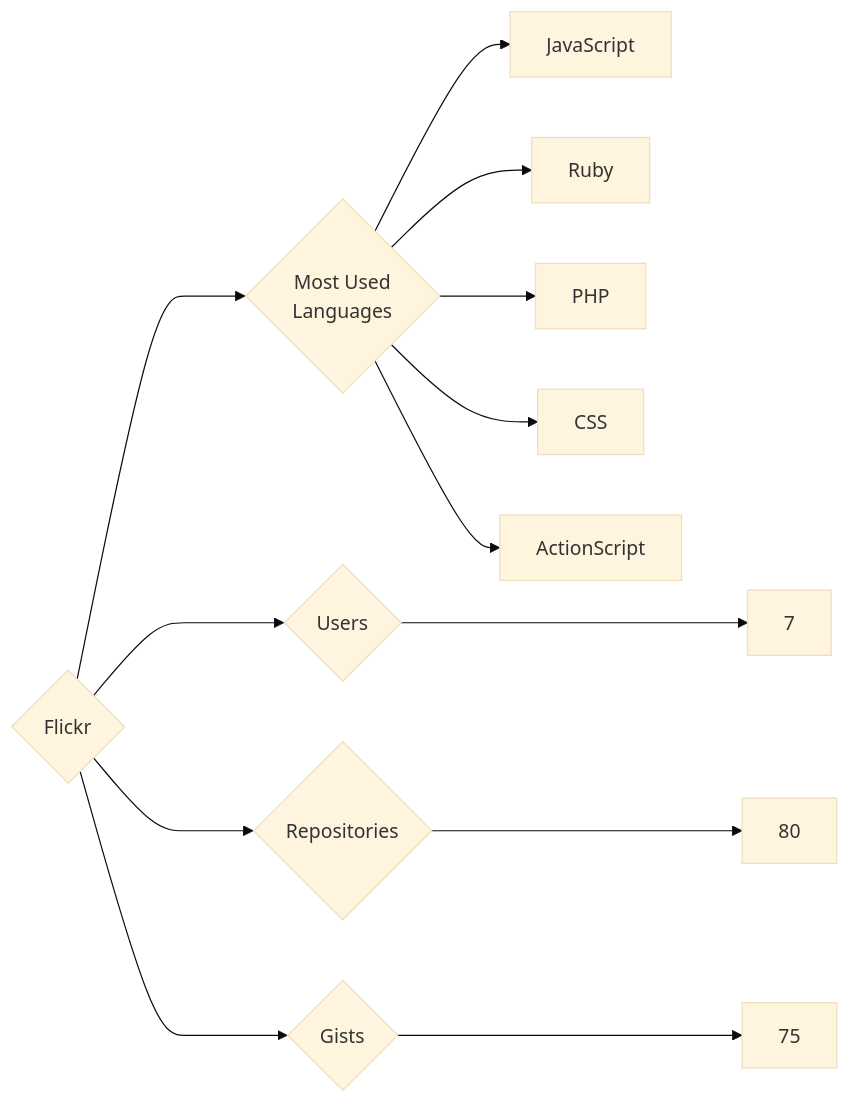
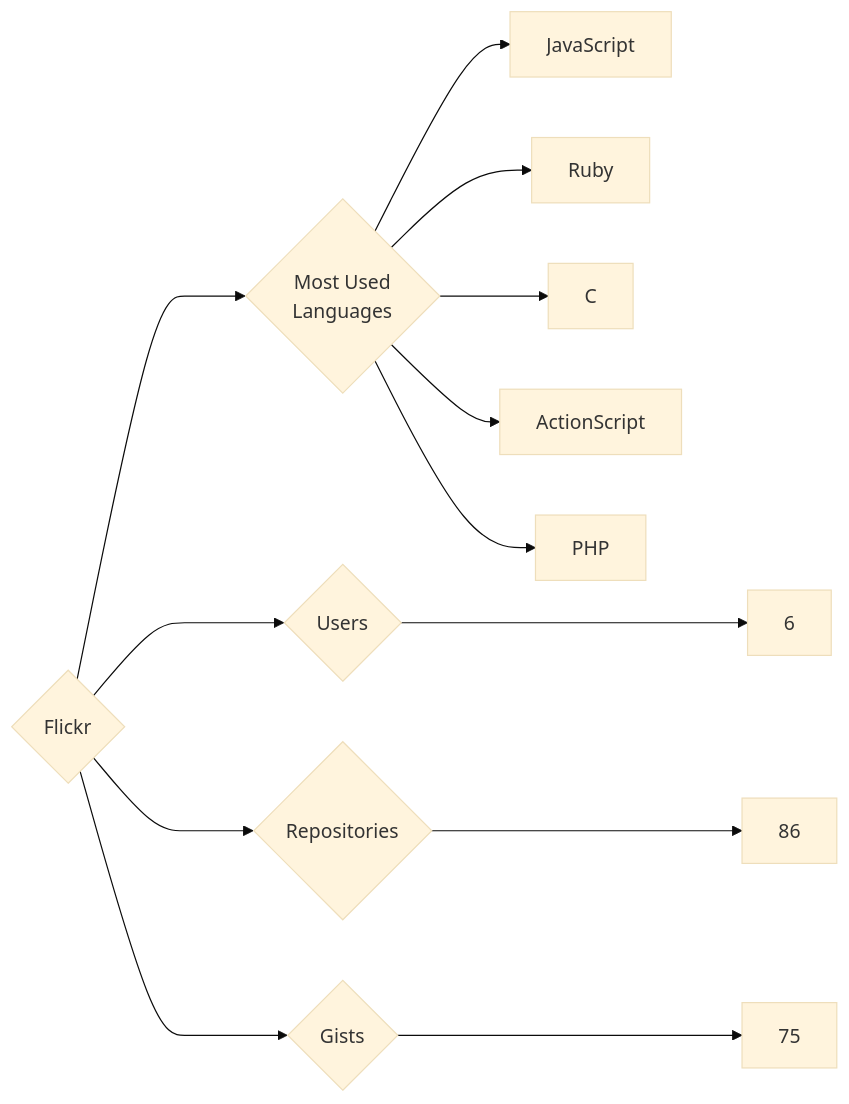
One commit to trickest/insiders changed the diagram in targets/Flickr/README.md. Above: the diagram before and after it, drawn with Mermaid (base theme). The commit also changed 1020 other files, not shown here.

````diff
--- a/targets/Flickr/README.md
+++ b/targets/Flickr/README.md
@@ -3,13 +3,13 @@
 ```mermaid
 graph LR
 COMPANY_NAME{Flickr}
-COMPANY_NAME ---> U{Users} ---> UN[7]
-COMPANY_NAME ---> R{Repositories} ---> RN[80]
+COMPANY_NAME ---> U{Users} ---> UN[6]
+COMPANY_NAME ---> R{Repositories} ---> RN[86]
 COMPANY_NAME ---> G{Gists} ---> GN[75]
 COMPANY_NAME ---> ML{Most Used<br>Languages}
 ML --> JavaScript[JavaScript]
 ML --> Ruby[Ruby]
+ML --> C[C]
+ML --> ActionScript[ActionScript]
 ML --> PHP[PHP]
-ML --> CSS[CSS]
-ML --> ActionScript[ActionScript]
 ```
````
